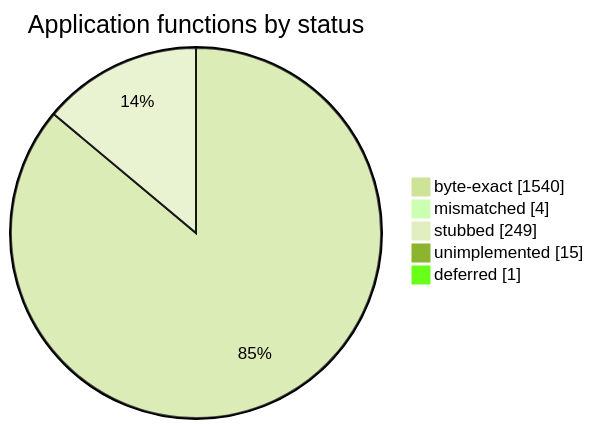
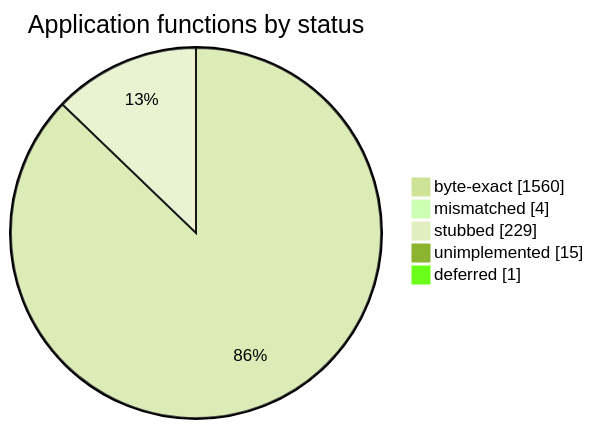
Before and after one commit to sorokya/eos: the diagram in README.md, drawn with Mermaid (forest theme). The commit also changed other lines of this file and 4 other files, not shown here.

````diff
--- a/README.md
+++ b/README.md
@@ -152,9 +152,9 @@
 ```mermaid
 pie showData
     title Application functions by status
-    "byte-exact" : 1540
+    "byte-exact" : 1560
     "mismatched" : 4
-    "stubbed" : 249
+    "stubbed" : 229
     "unimplemented" : 15
     "deferred" : 1
 ```
````
